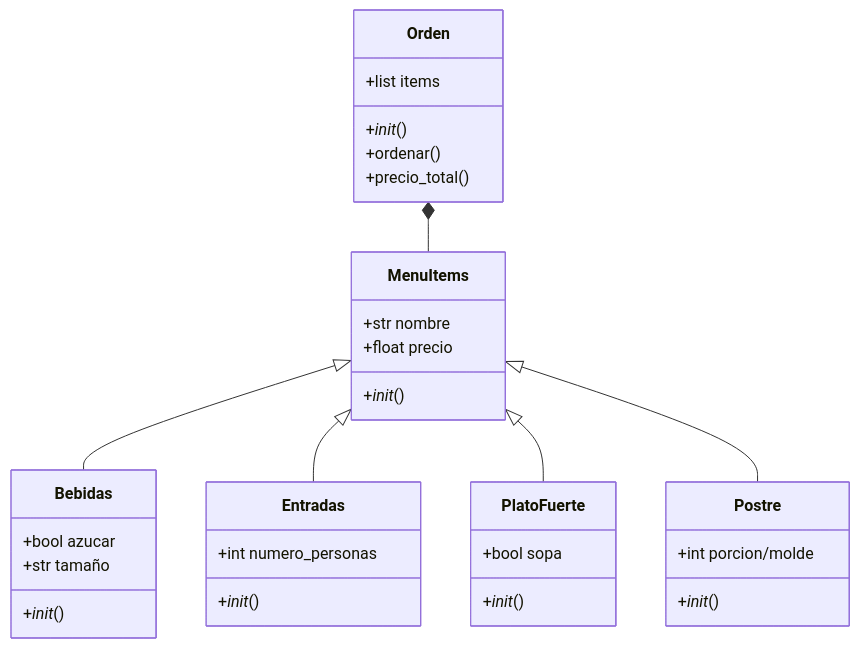
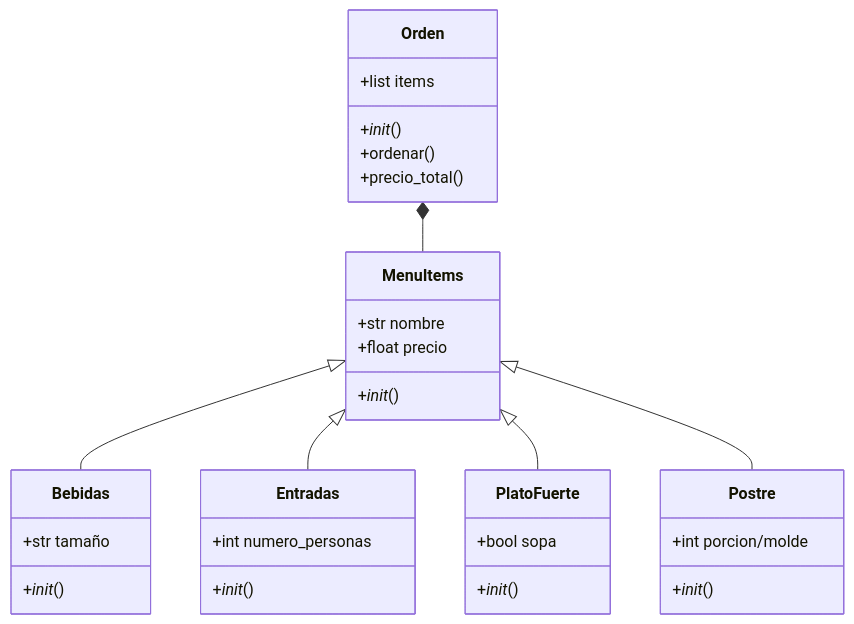
One commit to Taizooavila/Reto_3 changed the diagram in Diagrama de clases.md. Above: the diagram before and after it, drawn with Mermaid.

Commit message:
Update Diagrama de clases.md

````diff
--- a/Diagrama de clases.md
+++ b/Diagrama de clases.md
@@ -3,37 +3,36 @@
 ```mermaid
 classDiagram
 direction TB
   class Orden {
       +list items
       +_init_()
       +ordenar()
       +precio_total()
   }
   class MenuItems{
     +str nombre
       +float precio
       +_init_()
   }
   class Bebidas {
-    +bool azucar
       +str tamaño
       +_init_()
   }
   class Entradas {
     +int numero_personas
       +_init_()
   }
   class PlatoFuerte{
       +bool sopa
       +_init_()
   }
   class Postre{
       +int porcion/molde
       +_init_()
   }
   Orden *-- MenuItems
   MenuItems <|-- Bebidas
   MenuItems <|-- Entradas
   MenuItems <|-- PlatoFuerte
   MenuItems <|-- Postre
 ```
````
